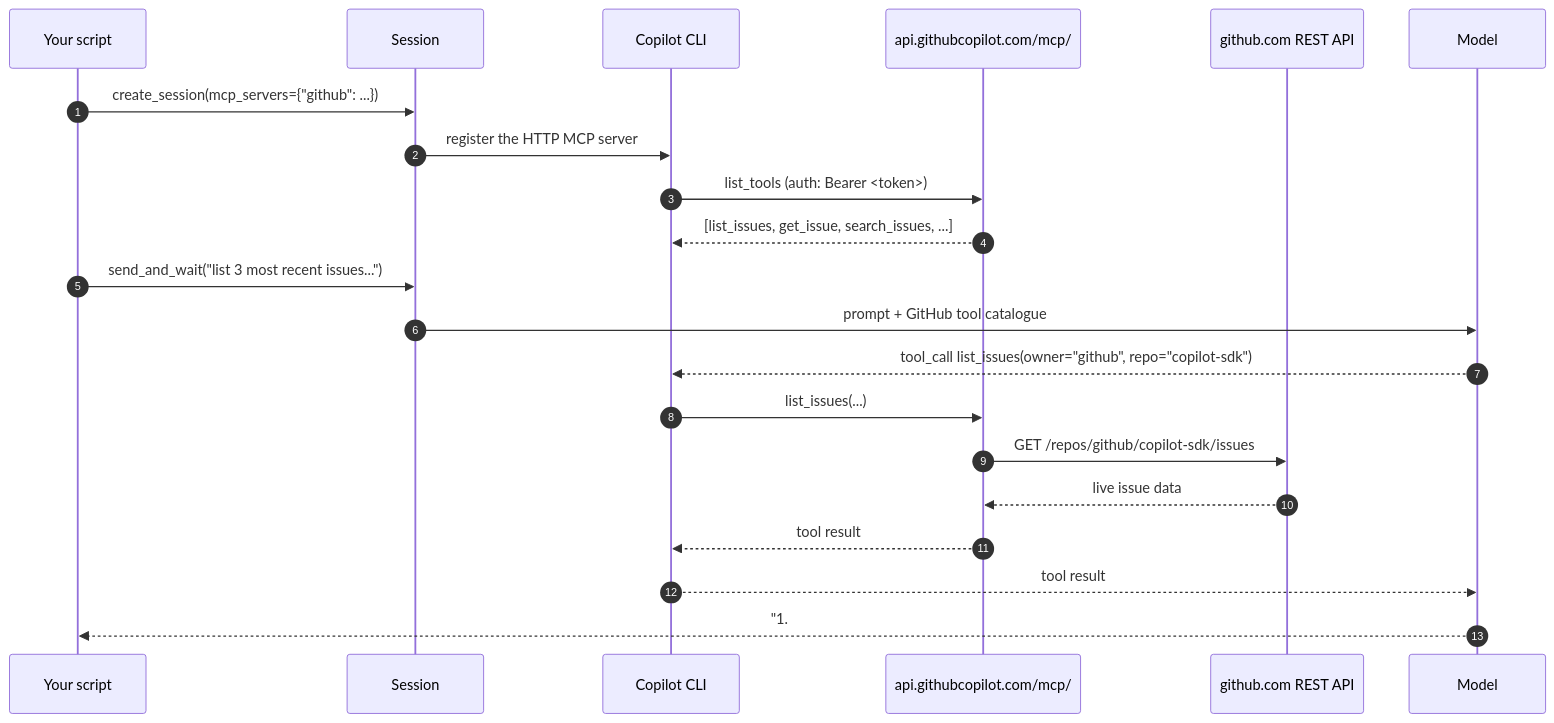
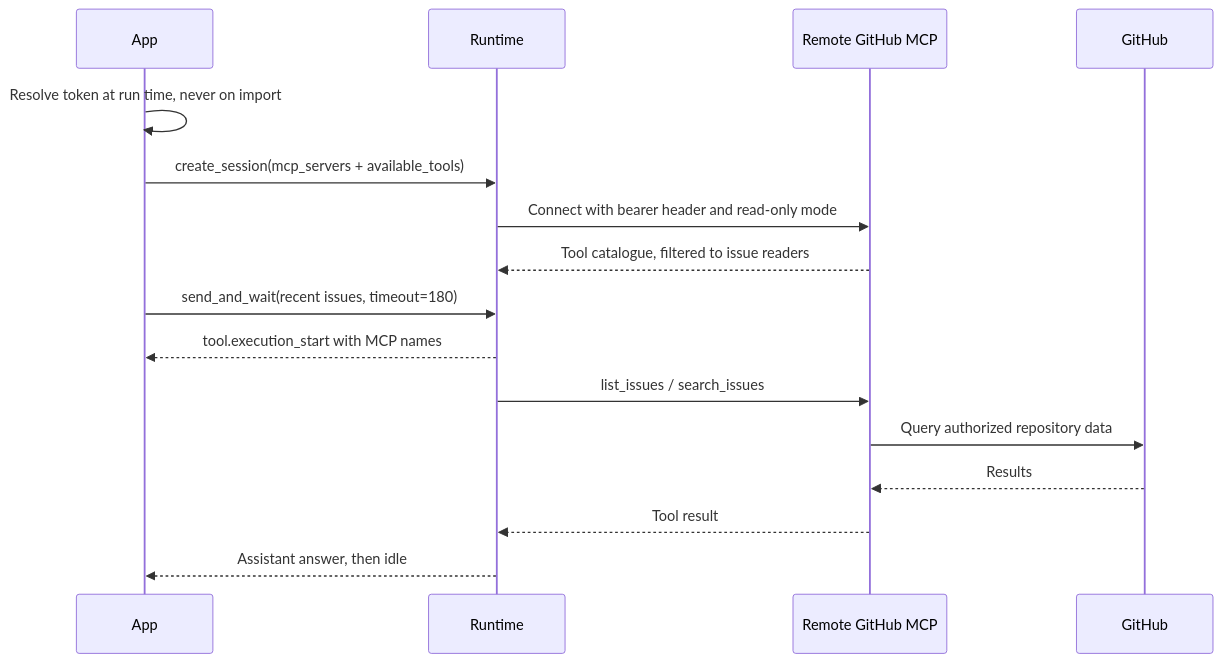
The diagram in examples/05_mcp_servers.md (jeffrey-groneberg/ghcp_sdk), drawn with Mermaid before and after one commit. The commit also changed other lines of this file and 23 other files, not shown here.

First line of the commit message:
Refresh slides and Python prototypes for Copilot SDK 1.0.13 (#1)

````diff
--- a/examples/05_mcp_servers.md
+++ b/examples/05_mcp_servers.md
@@ -34,25 +15,18 @@
 ```mermaid
 sequenceDiagram
-    autonumber
-    participant App as Your script
-    participant Session
-    participant CLI as Copilot CLI
-    participant MCP as api.githubcopilot.com/mcp/
-    participant GH as github.com REST API
-    participant Model
-
-    App->>Session: create_session(mcp_servers={"github": ...})
-    Session->>CLI: register the HTTP MCP server
-    CLI->>MCP: list_tools  (auth: Bearer <token>)
-    MCP-->>CLI: [list_issues, get_issue, search_issues, ...]
-
-    App->>Session: send_and_wait("list 3 most recent issues...")
-    Session->>Model: prompt + GitHub tool catalogue
-    Model-->>CLI: tool_call list_issues(owner="github", repo="copilot-sdk")
-    CLI->>MCP: list_issues(...)
-    MCP->>GH: GET /repos/github/copilot-sdk/issues
-    GH-->>MCP: live issue data
-    MCP-->>CLI: tool result
-    CLI-->>Model: tool result
-    Model-->>App: "1. #1419 — ... 2. #1417 — ..."
+    participant App
+    participant Runtime
+    participant MCP as Remote GitHub MCP
+    participant GitHub
+    App->>App: Resolve token at run time, never on import
+    App->>Runtime: create_session(mcp_servers + available_tools)
+    Runtime->>MCP: Connect with bearer header and read-only mode
+    MCP-->>Runtime: Tool catalogue, filtered to issue readers
+    App->>Runtime: send_and_wait(recent issues, timeout=180)
+    Runtime-->>App: tool.execution_start with MCP names
+    Runtime->>MCP: list_issues / search_issues
+    MCP->>GitHub: Query authorized repository data
+    GitHub-->>MCP: Results
+    MCP-->>Runtime: Tool result
+    Runtime-->>App: Assistant answer, then idle
 ```
````
